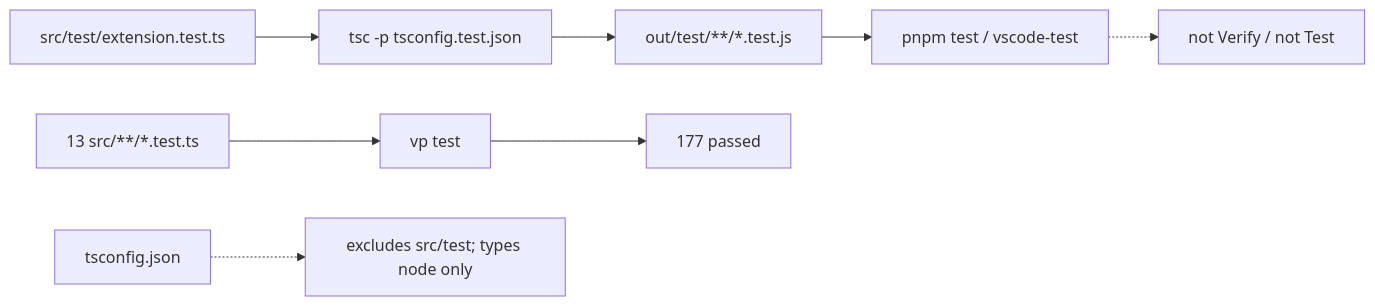
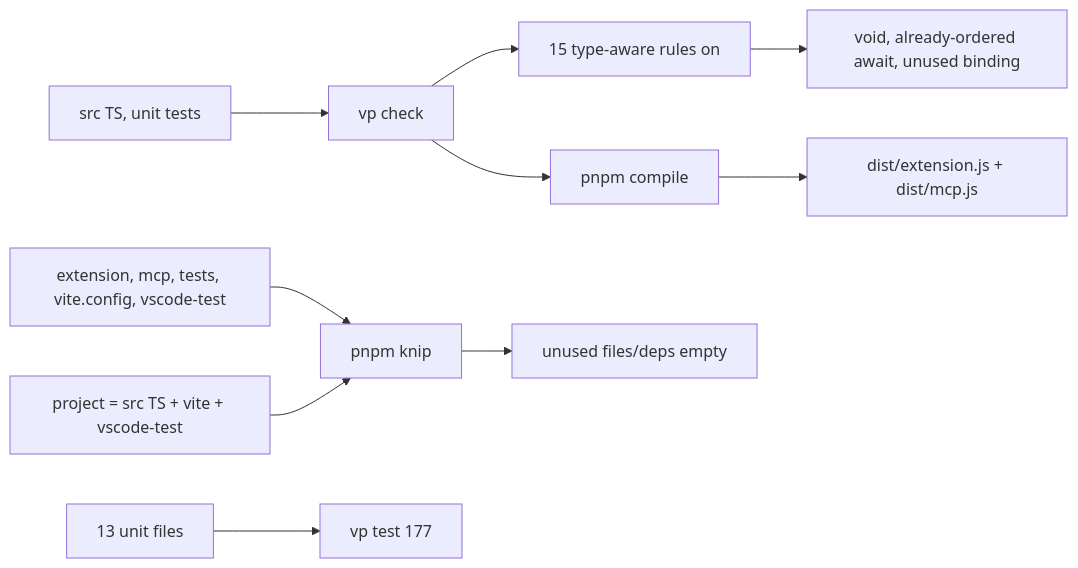
Before and after one commit to MarekBombera/cursor-design-extension: the first of 2 diagrams in blueprint/context/current-feature-overview.md, drawn with Mermaid. The commit also changed other lines of this file and 10 other files, not shown here.

First line of the commit message:
feat: turn on type-aware oxlint and knip

````diff
--- a/blueprint/context/current-feature-overview.md
+++ b/blueprint/context/current-feature-overview.md
@@ -18,10 +18,12 @@
 ```mermaid
 flowchart LR
-  SAMPLE["src/test/extension.test.ts"] --> TSC["tsc -p tsconfig.test.json"]
-  TSC --> OUT["out/test/**/*.test.js"]
-  OUT --> CLI["pnpm test / vscode-test"]
-  UNITS["13 src/**/*.test.ts"] --> VP["vp test"]
-  VP --> LOCK["177 passed"]
-  CLI -.-> SKIP["not Verify / not Test"]
-  MAIN["tsconfig.json"] -.-> EXCL["excludes src/test; types node only"]
+  SRC["src TS, unit tests"] --> VP["vp check"]
+  VP --> RULES["15 type-aware rules on"]
+  RULES --> PURE["void, already-ordered await, unused binding"]
+  ENTRIES["extension, mcp, tests, vite.config, vscode-test"] --> KNIP["pnpm knip"]
+  PROJECT["project = src TS + vite + vscode-test"] --> KNIP
+  KNIP --> CLEAN["unused files/deps empty"]
+  VP --> COMPILE["pnpm compile"]
+  COMPILE --> DIST["dist/extension.js + dist/mcp.js"]
+  UNITS["13 unit files"] --> TEST["vp test 177"]
 ```
````
